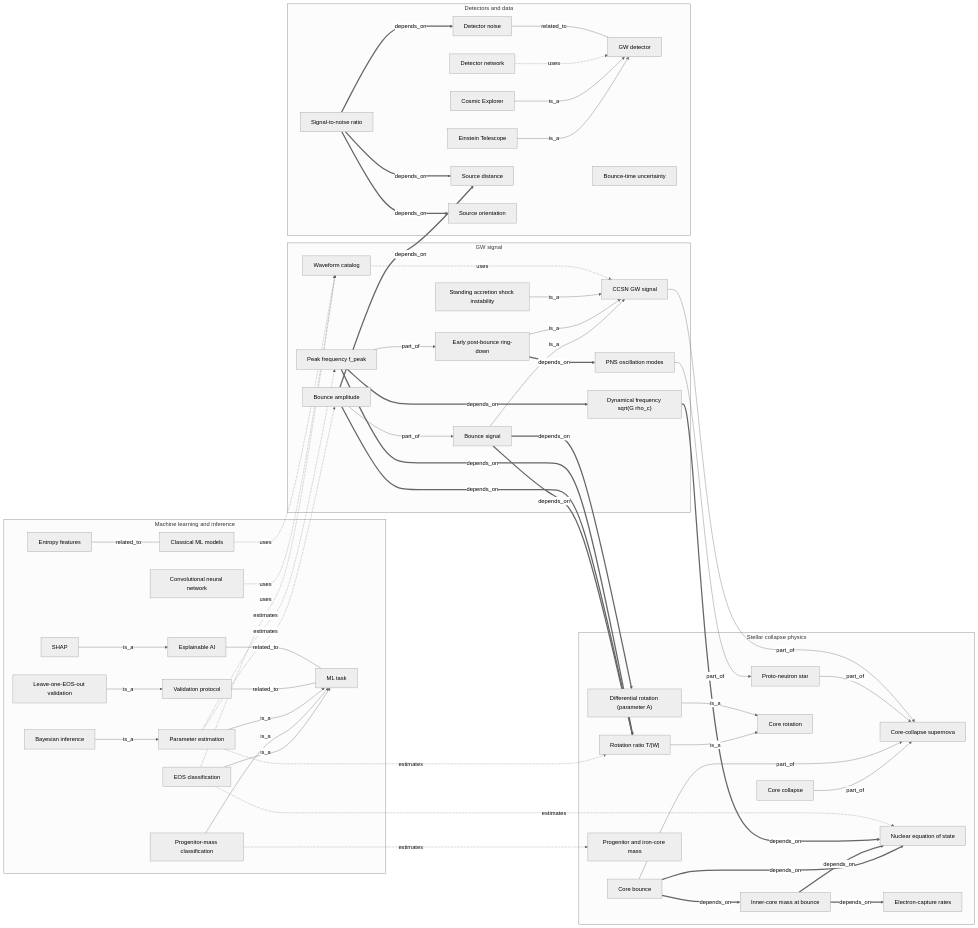
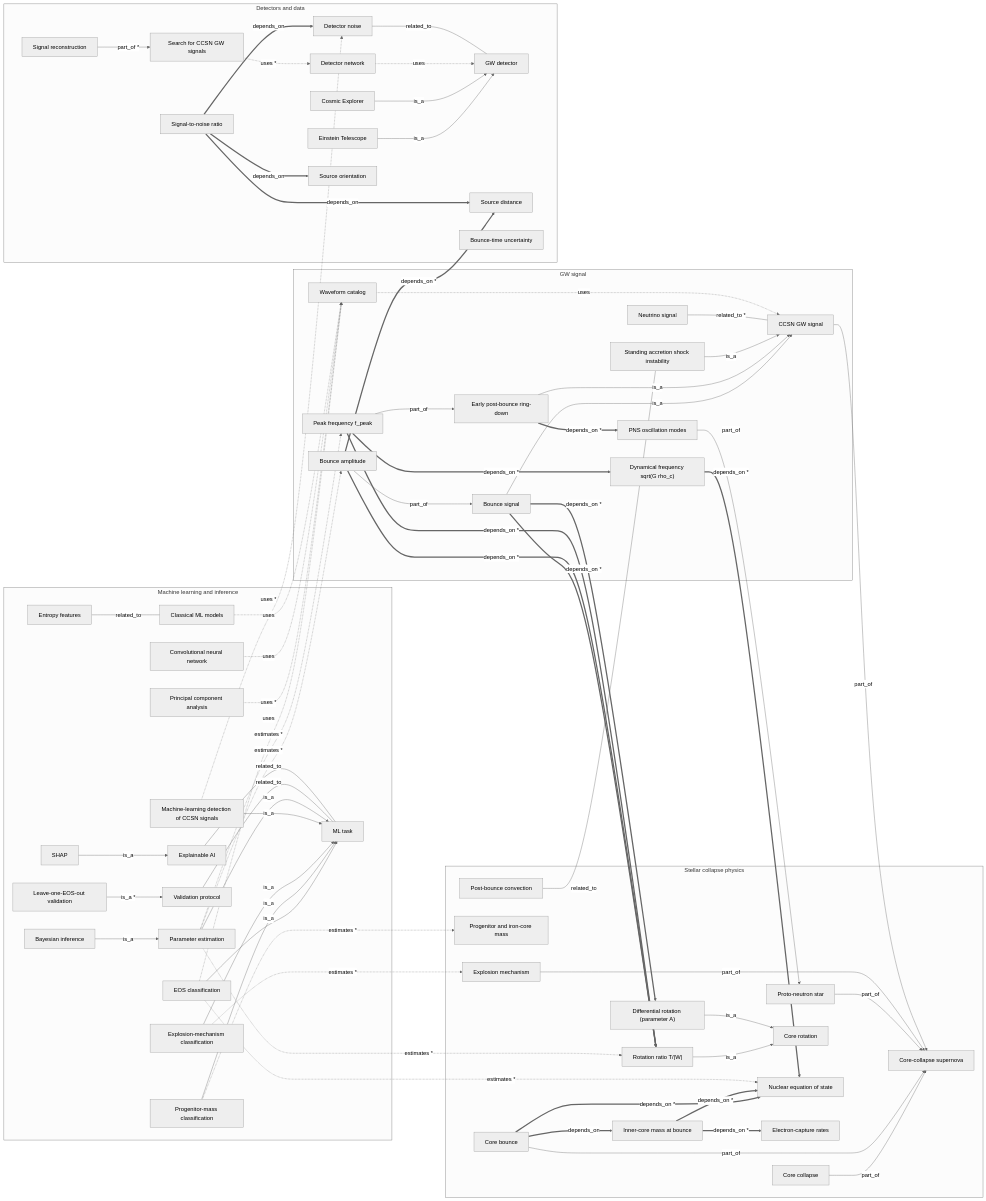
One commit to sultan11th/ccsn-gw-env changed the diagram in ontology/graph.md. Above: the diagram before and after it, drawn with Mermaid (neutral theme). The commit also changed other lines of this file and 6 other files, not shown here.

````diff
--- a/ontology/graph.md
+++ b/ontology/graph.md
@@ -18,6 +18,8 @@
     electron_capture["Electron-capture rates"]
     inner_core_mass["Inner-core mass at bounce"]
     progenitor_mass["Progenitor and iron-core mass"]
+    explosion_mechanism["Explosion mechanism"]
+    convection["Post-bounce convection"]
   end
   subgraph signal["GW signal"]
     gw_signal["CCSN GW signal"]
@@ -28,6 +30,7 @@
     dynamical_frequency["Dynamical frequency sqrt(G rho_c)"]
     pns_modes["PNS oscillation modes"]
     sasi["Standing accretion shock instability"]
+    neutrino_signal["Neutrino signal"]
     waveform_catalog["Waveform catalog"]
   end
   subgraph detection["Detectors and data"]
@@ -40,13 +43,18 @@
     distance["Source distance"]
     orientation["Source orientation"]
     bounce_time_uncertainty["Bounce-time uncertainty"]
+    gw_search["Search for CCSN GW signals"]
+    signal_reconstruction["Signal reconstruction"]
   end
   subgraph ml["Machine learning and inference"]
     ml_task["ML task"]
     eos_classification["EOS classification"]
     mass_classification["Progenitor-mass classification"]
+    mechanism_classification["Explosion-mechanism classification"]
+    signal_detection_ml["Machine-learning detection of CCSN signals"]
     parameter_estimation["Parameter estimation"]
     bayesian_inference["Bayesian inference"]
+    pca["Principal component analysis"]
     cnn["Convolutional neural network"]
     classical_ml["Classical ML models"]
     entropy_features["Entropy features"]
@@ -57,28 +65,31 @@
   end
   core_collapse -->|part_of| ccsn
   core_bounce -->|part_of| ccsn
-  core_bounce ==>|depends_on| eos
+  core_bounce ==>|depends_on *| eos
   core_bounce ==>|depends_on| inner_core_mass
   pns -->|part_of| ccsn
   rotation_ratio -->|is_a| rotation
   differential_rotation -->|is_a| rotation
-  inner_core_mass ==>|depends_on| electron_capture
-  inner_core_mass ==>|depends_on| eos
+  inner_core_mass ==>|depends_on *| electron_capture
+  inner_core_mass ==>|depends_on *| eos
+  explosion_mechanism -->|part_of| ccsn
+  convection ---|related_to| sasi
   gw_signal -->|part_of| ccsn
   bounce_signal -->|is_a| gw_signal
-  bounce_signal ==>|depends_on| rotation_ratio
-  bounce_signal ==>|depends_on| differential_rotation
+  bounce_signal ==>|depends_on *| rotation_ratio
+  bounce_signal ==>|depends_on *| differential_rotation
   bounce_amplitude -->|part_of| bounce_signal
-  bounce_amplitude ==>|depends_on| rotation_ratio
-  bounce_amplitude ==>|depends_on| distance
+  bounce_amplitude ==>|depends_on *| rotation_ratio
+  bounce_amplitude ==>|depends_on *| distance
   ringdown -->|is_a| gw_signal
-  ringdown ==>|depends_on| pns_modes
+  ringdown ==>|depends_on *| pns_modes
   f_peak -->|part_of| ringdown
-  f_peak ==>|depends_on| dynamical_frequency
-  f_peak ==>|depends_on| rotation_ratio
-  dynamical_frequency ==>|depends_on| eos
+  f_peak ==>|depends_on *| dynamical_frequency
+  f_peak ==>|depends_on *| rotation_ratio
+  dynamical_frequency ==>|depends_on *| eos
   pns_modes -->|part_of| pns
   sasi -->|is_a| gw_signal
+  neutrino_signal ---|related_to *| gw_signal
   waveform_catalog -.->|uses| gw_signal
   einstein_telescope -->|is_a| detector
   cosmic_explorer -->|is_a| detector
@@ -87,21 +98,28 @@
   snr ==>|depends_on| distance
   snr ==>|depends_on| detector_noise
   snr ==>|depends_on| orientation
+  gw_search -.->|uses *| detector_network
+  signal_reconstruction -->|part_of *| gw_search
   eos_classification -->|is_a| ml_task
-  eos_classification -.->|estimates| eos
+  eos_classification -.->|estimates *| eos
   eos_classification -.->|uses| waveform_catalog
   mass_classification -->|is_a| ml_task
-  mass_classification -.->|estimates| progenitor_mass
+  mass_classification -.->|estimates *| progenitor_mass
+  mechanism_classification -->|is_a| ml_task
+  mechanism_classification -.->|estimates *| explosion_mechanism
+  signal_detection_ml -->|is_a| ml_task
+  signal_detection_ml -.->|uses *| detector_noise
   parameter_estimation -->|is_a| ml_task
-  parameter_estimation -.->|estimates| f_peak
-  parameter_estimation -.->|estimates| rotation_ratio
-  parameter_estimation -.->|estimates| bounce_amplitude
+  parameter_estimation -.->|estimates *| f_peak
+  parameter_estimation -.->|estimates *| rotation_ratio
+  parameter_estimation -.->|estimates *| bounce_amplitude
   bayesian_inference -->|is_a| parameter_estimation
+  pca -.->|uses *| waveform_catalog
   cnn -.->|uses| waveform_catalog
   classical_ml -.->|uses| waveform_catalog
   entropy_features ---|related_to| classical_ml
   validation ---|related_to| ml_task
-  loeo -->|is_a| validation
+  loeo -->|is_a *| validation
   xai ---|related_to| ml_task
   shap -->|is_a| xai
 ```
````
